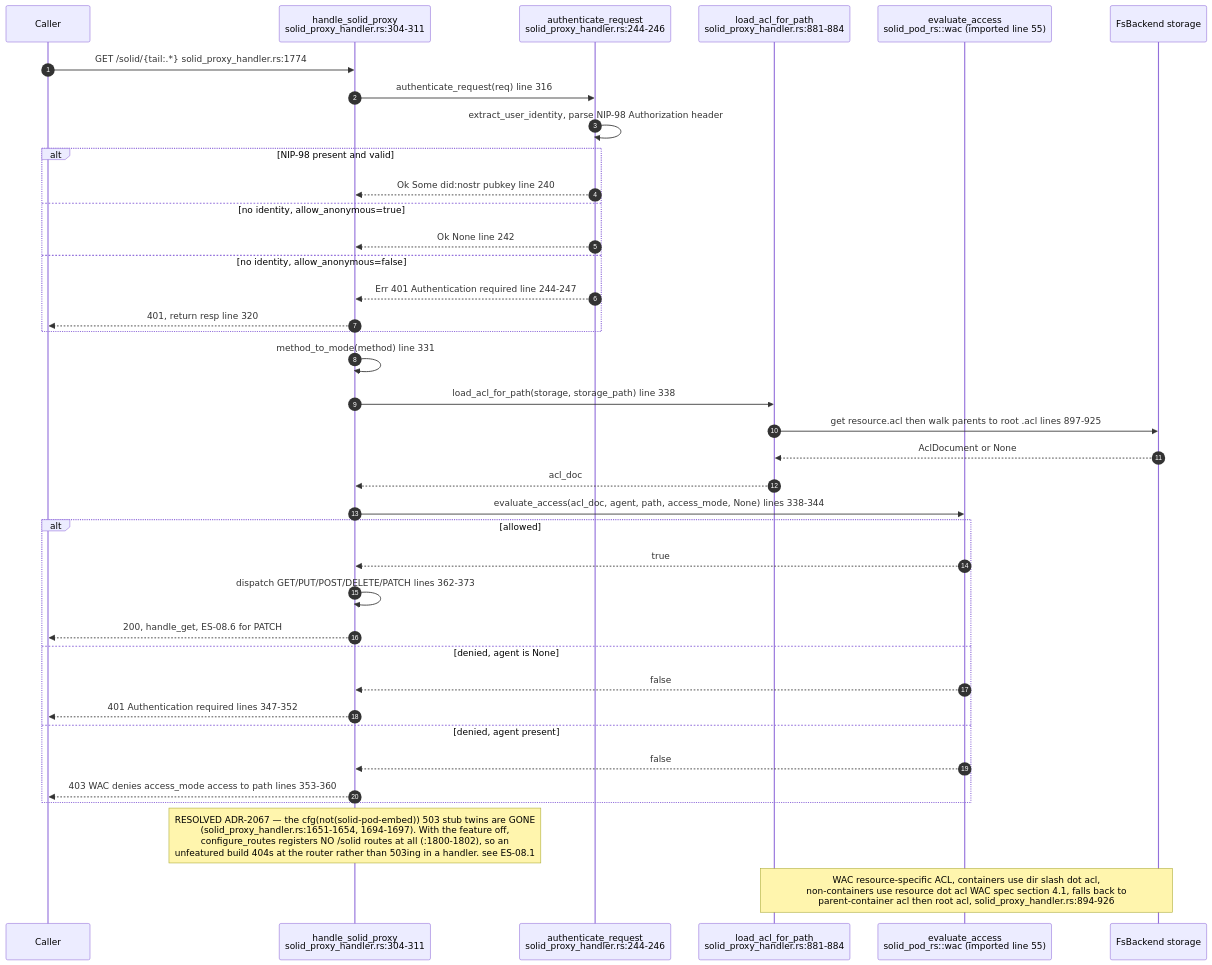
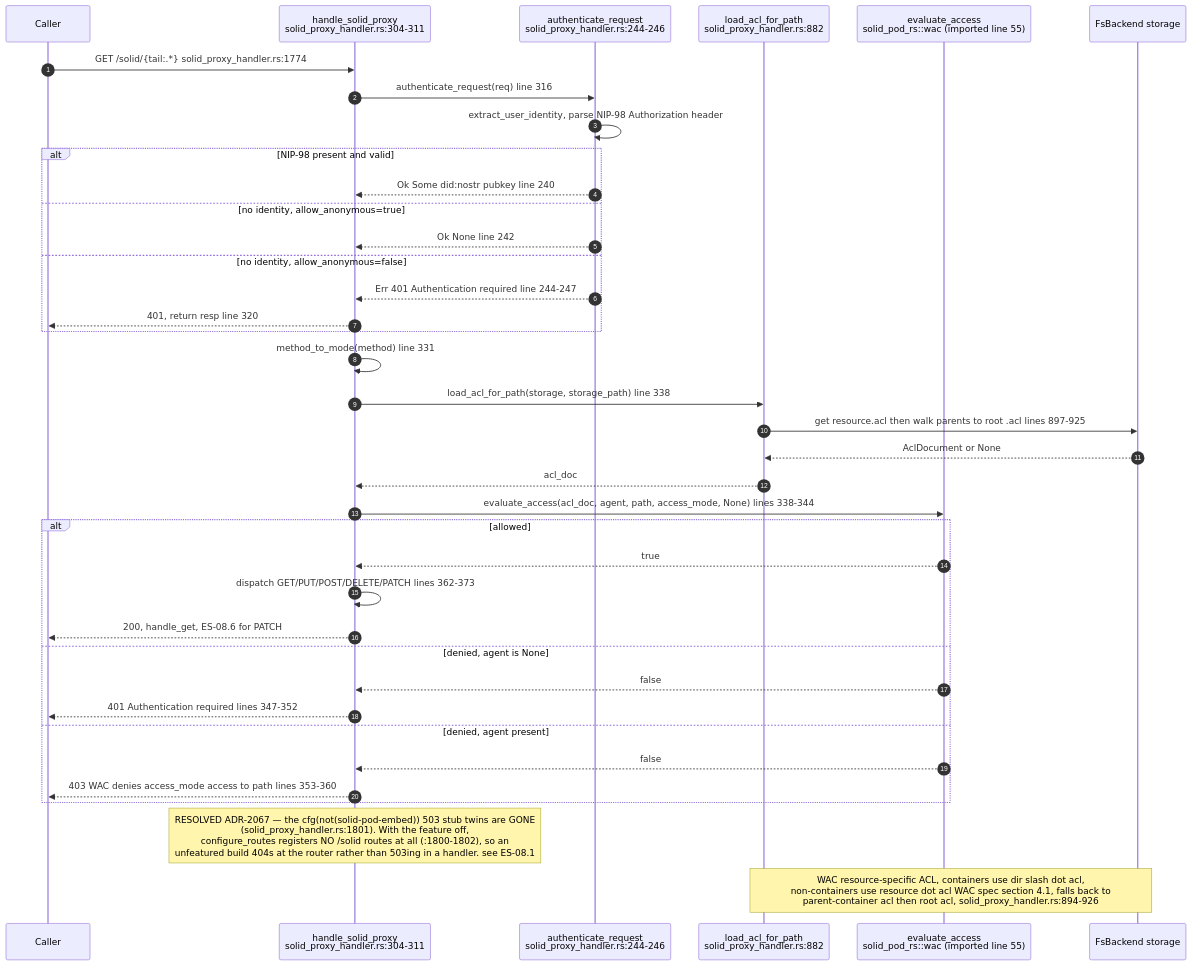
The fourth of 11 diagrams in docs/diagrams/estate/08-solid-pod-estate.md (DreamLab-AI/VisionFlow), drawn with Mermaid before and after one commit. The commit also changed other lines of this file and 51 other files, not shown here.

First line of the commit message:
docs(diagrams): agentbox AB-01..13 re-attested anchor by anchor (980 anchors, 22 defects); checkpoint against an out-of-mesh writer

````diff
--- a/docs/diagrams/estate/08-solid-pod-estate.md
+++ b/docs/diagrams/estate/08-solid-pod-estate.md
@@ -162,44 +164,44 @@
 ```mermaid
 sequenceDiagram
     autonumber
     participant C as Caller
     participant H as handle_solid_proxy<br/>solid_proxy_handler.rs:304-311
     participant AUTH as authenticate_request<br/>solid_proxy_handler.rs:244-246
-    participant ACL as load_acl_for_path<br/>solid_proxy_handler.rs:881-884
+    participant ACL as load_acl_for_path<br/>solid_proxy_handler.rs:882
     participant WAC as evaluate_access<br/>solid_pod_rs::wac (imported line 55)
     participant FS as FsBackend storage
 
     C->>H: GET /solid/{tail:.*} solid_proxy_handler.rs:1774
     H->>AUTH: authenticate_request(req) line 316
     AUTH->>AUTH: extract_user_identity, parse NIP-98 Authorization header
     alt NIP-98 present and valid
         AUTH-->>H: Ok Some did:nostr pubkey line 240
     else no identity, allow_anonymous=true
         AUTH-->>H: Ok None line 242
     else no identity, allow_anonymous=false
         AUTH-->>H: Err 401 Authentication required line 244-247
         H-->>C: 401, return resp line 320
     end
 
     H->>H: method_to_mode(method) line 331
     H->>ACL: load_acl_for_path(storage, storage_path) line 338
     ACL->>FS: get resource.acl then walk parents to root .acl lines 897-925
     FS-->>ACL: AclDocument or None
     ACL-->>H: acl_doc
 
     H->>WAC: evaluate_access(acl_doc, agent, path, access_mode, None) lines 338-344
     alt allowed
         WAC-->>H: true
         H->>H: dispatch GET/PUT/POST/DELETE/PATCH lines 362-373
         H-->>C: 200, handle_get, ES-08.6 for PATCH
     else denied, agent is None
         WAC-->>H: false
         H-->>C: 401 Authentication required lines 347-352
     else denied, agent present
         WAC-->>H: false
         H-->>C: 403 WAC denies access_mode access to path lines 353-360
     end
 
-    Note over H: RESOLVED ADR-2067 — the cfg(not(solid-pod-embed)) 503 stub twins are GONE<br/>(solid_proxy_handler.rs:1651-1654, 1694-1697). With the feature off,<br/>configure_routes registers NO /solid routes at all (:1800-1802), so an<br/>unfeatured build 404s at the router rather than 503ing in a handler. see ES-08.1
+    Note over H: RESOLVED ADR-2067 — the cfg(not(solid-pod-embed)) 503 stub twins are GONE<br/>(solid_proxy_handler.rs:1801). With the feature off,<br/>configure_routes registers NO /solid routes at all (:1800-1802), so an<br/>unfeatured build 404s at the router rather than 503ing in a handler. see ES-08.1
     Note over ACL,FS: WAC resource-specific ACL, containers use dir slash dot acl,<br/>non-containers use resource dot acl WAC spec section 4.1, falls back to<br/>parent-container acl then root acl, solid_proxy_handler.rs:894-926
 ```
````
